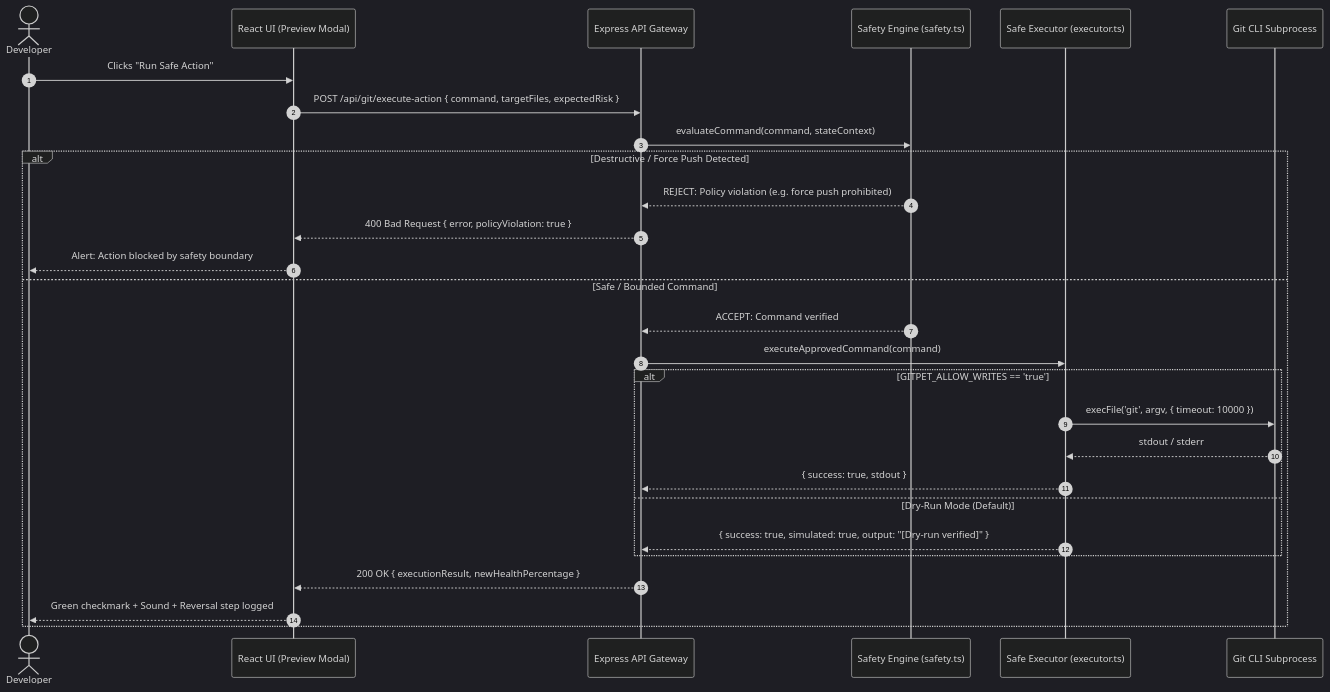
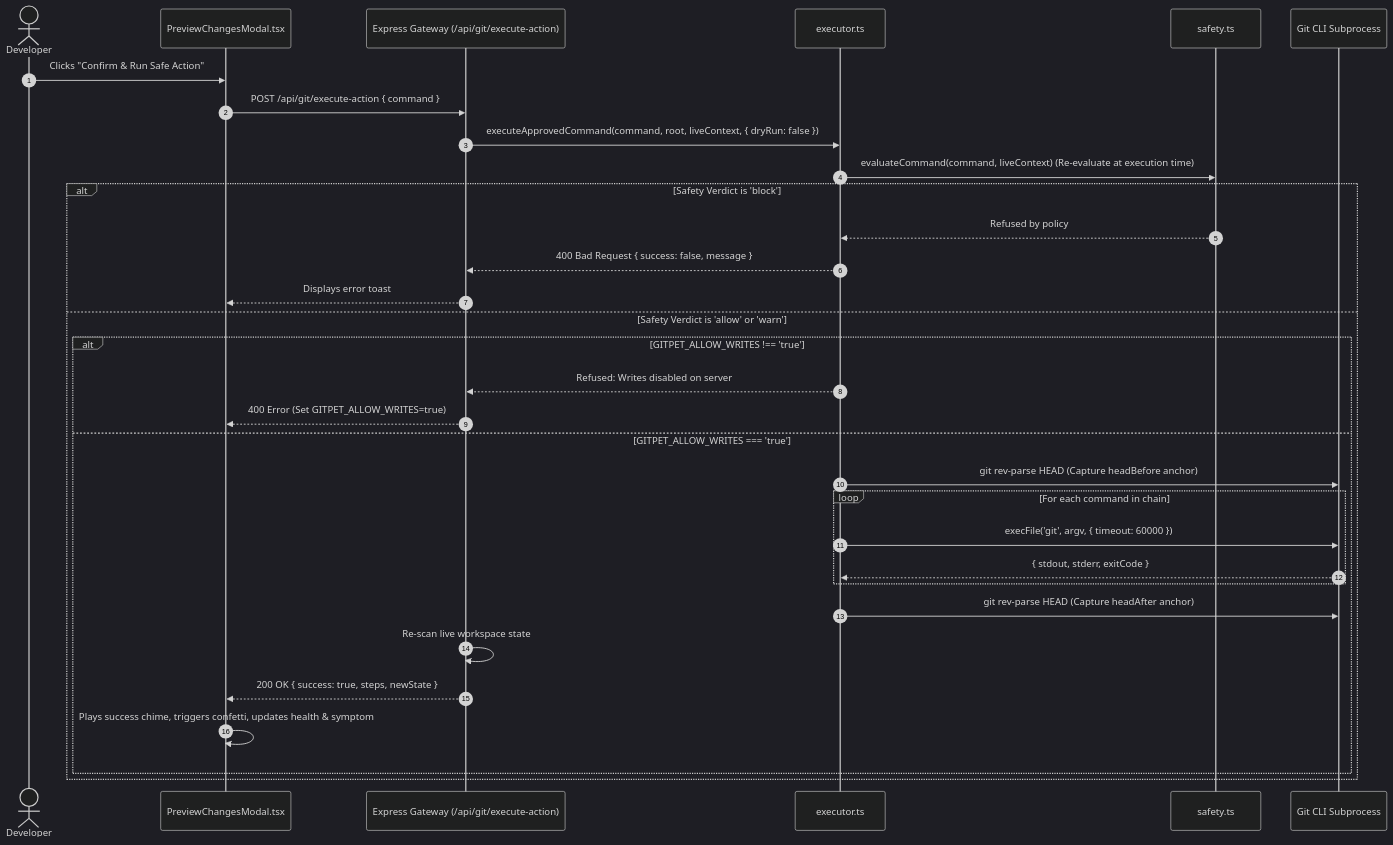
Before and after one commit to lucaswhitaker22/DevOps-for-GenAI---Ottawa-2026---Team-05-Ribbon-Patrol: the eighth of 12 diagrams in docs/ARCHITECTURE.md, drawn with Mermaid (dark theme). The commit also changed other lines of this file and 17 other files, not shown here.

````diff
--- a/docs/ARCHITECTURE.md
+++ b/docs/ARCHITECTURE.md
@@ -118,31 +302,35 @@
 ```mermaid
 sequenceDiagram
     autonumber
-    actor Dev as Developer
-    participant UI as React UI (Preview Modal)
-    participant BE as Express API Gateway
-    participant Guard as Safety Engine (safety.ts)
-    participant Runner as Safe Executor (executor.ts)
+    actor User as Developer
+    participant UI as PreviewChangesModal.tsx
+    participant Gateway as Express Gateway (/api/git/execute-action)
+    participant Executor as executor.ts
+    participant Safety as safety.ts
     participant Git as Git CLI Subprocess
 
-    Dev->>UI: Clicks "Run Safe Action"
-    UI->>BE: POST /api/git/execute-action { command, targetFiles, expectedRisk }
-    BE->>Guard: evaluateCommand(command, stateContext)
-    alt Destructive / Force Push Detected
-        Guard-->>BE: REJECT: Policy violation (e.g. force push prohibited)
-        BE-->>UI: 400 Bad Request { error, policyViolation: true }
-        UI-->>Dev: Alert: Action blocked by safety boundary
-    else Safe / Bounded Command
-        Guard-->>BE: ACCEPT: Command verified
-        BE->>Runner: executeApprovedCommand(command)
-        alt GITPET_ALLOW_WRITES == 'true'
-            Runner->>Git: execFile('git', argv, { timeout: 10000 })
-            Git-->>Runner: stdout / stderr
-            Runner-->>BE: { success: true, stdout }
-        else Dry-Run Mode (Default)
-            Runner-->>BE: { success: true, simulated: true, output: "[Dry-run verified]" }
+    User->>UI: Clicks "Confirm & Run Safe Action"
+    UI->>Gateway: POST /api/git/execute-action { command }
+    Gateway->>Executor: executeApprovedCommand(command, root, liveContext, { dryRun: false })
+    Executor->>Safety: evaluateCommand(command, liveContext) (Re-evaluate at execution time)
+    alt Safety Verdict is 'block'
+        Safety-->>Executor: Refused by policy
+        Executor-->>Gateway: 400 Bad Request { success: false, message }
+        Gateway-->>UI: Displays error toast
+    else Safety Verdict is 'allow' or 'warn'
+        alt GITPET_ALLOW_WRITES !== 'true'
+            Executor-->>Gateway: Refused: Writes disabled on server
+            Gateway-->>UI: 400 Error (Set GITPET_ALLOW_WRITES=true)
+        else GITPET_ALLOW_WRITES === 'true'
+            Executor->>Git: git rev-parse HEAD (Capture headBefore anchor)
+            loop For each command in chain
+                Executor->>Git: execFile('git', argv, { timeout: 60000 })
+                Git-->>Executor: { stdout, stderr, exitCode }
+            end
+            Executor->>Git: git rev-parse HEAD (Capture headAfter anchor)
+            Gateway->>Gateway: Re-scan live workspace state
+            Gateway-->>UI: 200 OK { success: true, steps, newState }
+            UI->>UI: Plays success chime, triggers confetti, updates health & symptom
         end
-        BE-->>UI: 200 OK { executionResult, newHealthPercentage }
-        UI-->>Dev: Green checkmark + Sound + Reversal step logged
     end
 ```
````
